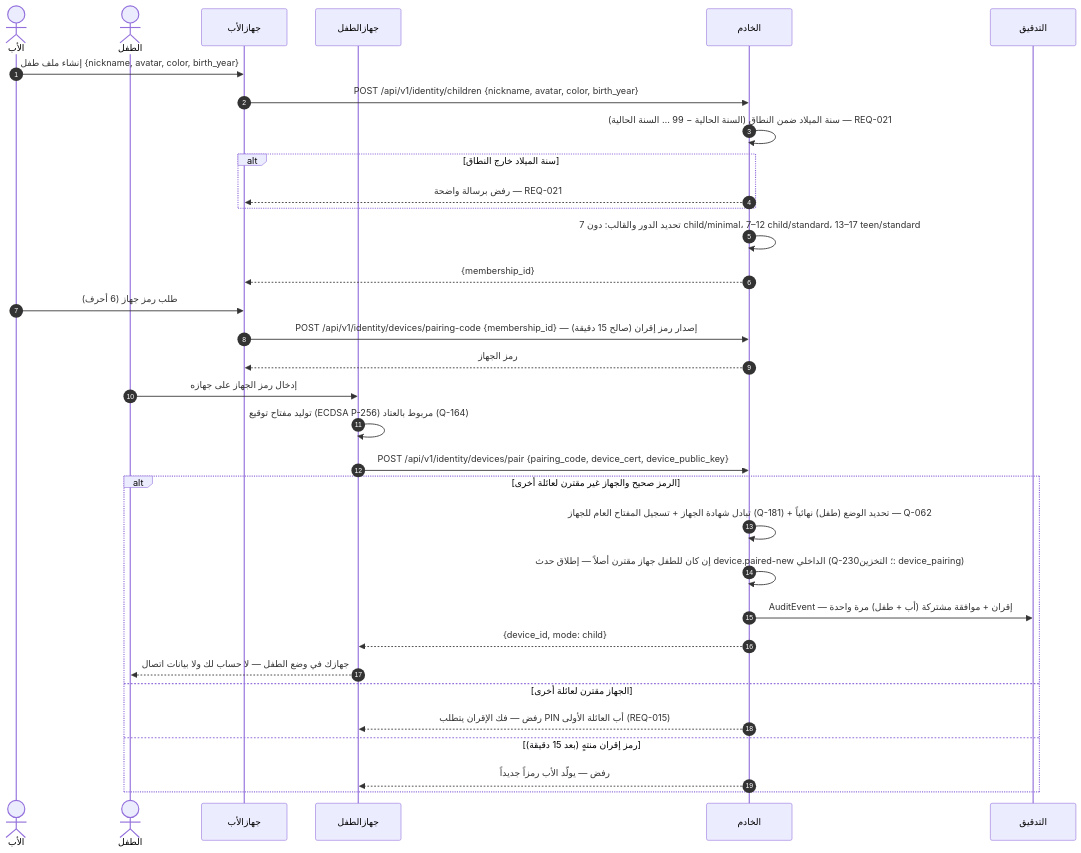
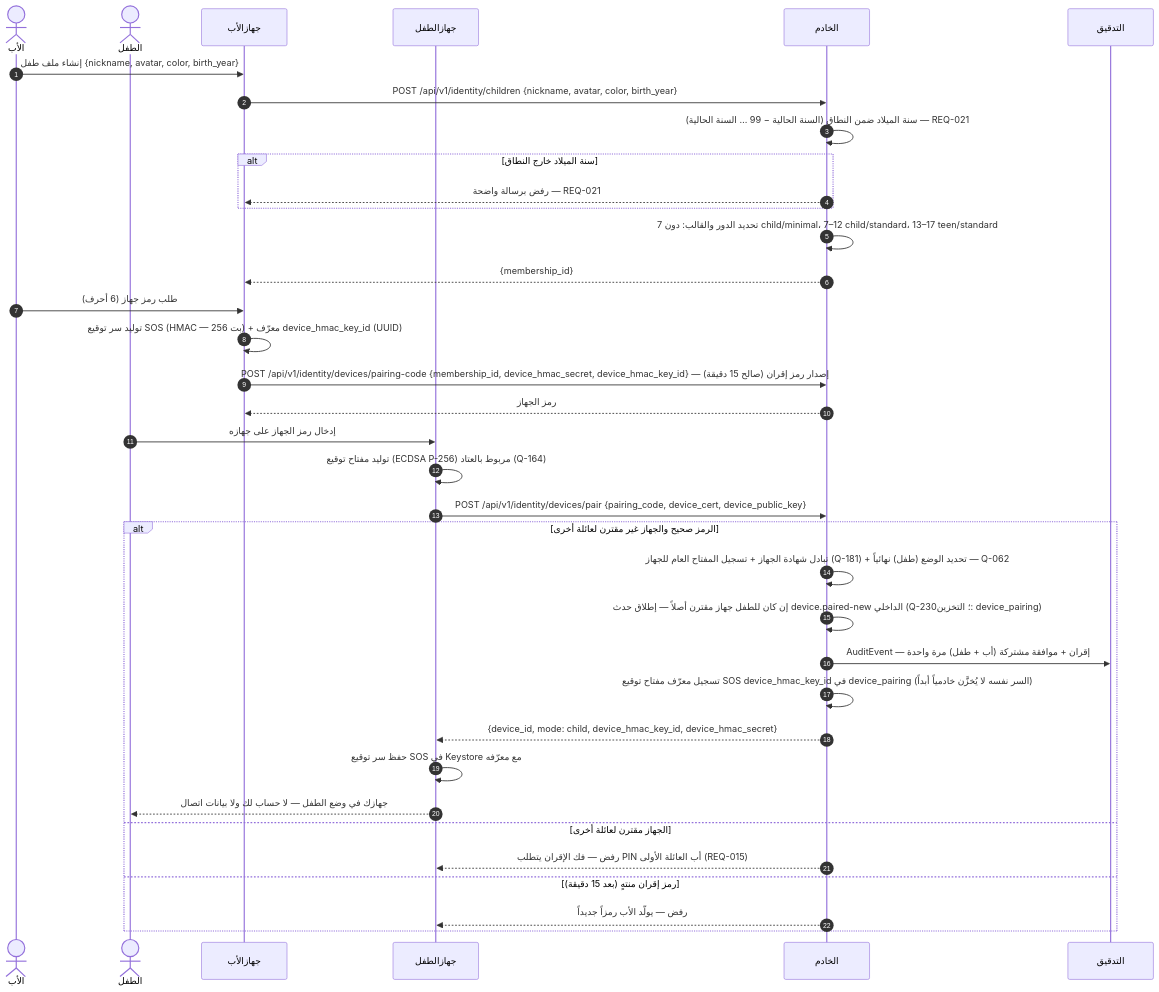
One commit to Bassam-mohammed-alqaeadi/family-os-v2 changed the sixth of 14 diagrams in docs/family-os/governance/phases/phase-1/S1-02-identity-and-onboarding/DIAGRAMS.md. Above: the diagram before and after it, drawn with Mermaid. The commit also changed other lines of this file and 2 other files, not shown here.

Commit message:
AUD-009 (P1): تعريف تبادل مفتاح HMAC لتوقيع SOS عند الإقران (Q-163/Q-164)
- S1-02 §5: التوليد عند إصدار رمز الإقران (تطبيق الوالد: سر 256 بت + UUID)؛ النقل TLS فقط (طلب الرمز + رد الإقران)؛ الخادم مرّر عابر لا يخزّن السر؛ التخزين Keystore الطفل + تطبيق الوالد؛ معرّف المفتاح فقط في device_pairing؛ تدوير عند إعادة الإقران؛ إبطال عند فك الإقران/إزالة العضو؛ فقدان نسخة الأب يُعالج بإعادة الإقران
- S1-02 §4 + REQ-014 + سيناريو 2-3 + §7 + تسلسل الإقران + ERD: السر جزء من نتيجة الإقران الذرية؛ لا مرور عبر MQTT أبداً؛ مفتاح ECDSA لا يُعاد استخدامه لـ HMAC
- S1-07 SPEC: إزالة الإحالة الدائرية إلى AUD-009 من :223/:256؛ الاقتطاع في REQ-017: أول 10 أحرف سداسية عشرية صغيرة [0-9a-f] = 40 بت
- لم يُستحدث مفتاح إذن ولا نقطة نهاية: التوليد عند الطرف البادئ بالإقران هو الآلية الوحيدة التي لا تستحدث أياً منهما (مبرر موثّق في §5)

````diff
--- a/docs/family-os/governance/phases/phase-1/S1-02-identity-and-onboarding/DIAGRAMS.md
+++ b/docs/family-os/governance/phases/phase-1/S1-02-identity-and-onboarding/DIAGRAMS.md
@@ -349,35 +350,38 @@
 ```mermaid
 sequenceDiagram
     autonumber
     actor Father as الأب
     actor Child as الطفل
     participant ParentApp as جهازالأب
     participant ChildApp as جهازالطفل
     participant Ktor as الخادم
     participant Audit as التدقيق
     Father->>ParentApp: إنشاء ملف طفل {nickname, avatar, color, birth_year}
     ParentApp->>Ktor: POST /api/v1/identity/children {nickname, avatar, color, birth_year}
     Ktor->>Ktor: سنة الميلاد ضمن النطاق (السنة الحالية − 99 … السنة الحالية) — REQ-021
     alt سنة الميلاد خارج النطاق
         Ktor-->>ParentApp: رفض برسالة واضحة — REQ-021
     end
     Ktor->>Ktor: تحديد الدور والقالب: دون 7 child/minimal، 7–12 child/standard، 13–17 teen/standard
     Ktor-->>ParentApp: {membership_id}
     Father->>ParentApp: طلب رمز جهاز (6 أحرف)
-    ParentApp->>Ktor: POST /api/v1/identity/devices/pairing-code {membership_id} — إصدار رمز إقران (صالح 15 دقيقة)
+    ParentApp->>ParentApp: توليد سر توقيع SOS (HMAC — 256 بت) + معرّف device_hmac_key_id (UUID)
+    ParentApp->>Ktor: POST /api/v1/identity/devices/pairing-code {membership_id, device_hmac_secret, device_hmac_key_id} — إصدار رمز إقران (صالح 15 دقيقة)
     Ktor-->>ParentApp: رمز الجهاز
     Child->>ChildApp: إدخال رمز الجهاز على جهازه
     ChildApp->>ChildApp: توليد مفتاح توقيع (ECDSA P-256) مربوط بالعتاد (Q-164)
     ChildApp->>Ktor: POST /api/v1/identity/devices/pair {pairing_code, device_cert, device_public_key}
     alt الرمز صحيح والجهاز غير مقترن لعائلة أخرى
         Ktor->>Ktor: تبادل شهادة الجهاز + تسجيل المفتاح العام للجهاز (Q-181) + تحديد الوضع (طفل) نهائياً — Q-062
         Ktor->>Ktor: إن كان للطفل جهاز مقترن أصلاً — إطلاق حدث device.paired-new الداخلي (Q-230؛ التخزين: device_pairing)
         Ktor->>Audit: AuditEvent — إقران + موافقة مشتركة (أب + طفل) مرة واحدة
-        Ktor-->>ChildApp: {device_id, mode: child}
+        Ktor->>Ktor: تسجيل معرّف مفتاح توقيع SOS device_hmac_key_id في device_pairing (السر نفسه لا يُخزَّن خادمياً أبداً)
+        Ktor-->>ChildApp: {device_id, mode: child, device_hmac_key_id, device_hmac_secret}
+        ChildApp->>ChildApp: حفظ سر توقيع SOS في Keystore مع معرّفه
         ChildApp-->>Child: جهازك في وضع الطفل — لا حساب لك ولا بيانات اتصال
     else الجهاز مقترن لعائلة أخرى
         Ktor-->>ChildApp: رفض — فك الإقران يتطلب PIN أب العائلة الأولى (REQ-015)
     else رمز إقران منتهٍ (بعد 15 دقيقة)
         Ktor-->>ChildApp: رفض — يولّد الأب رمزاً جديداً
     end
 ```
````
